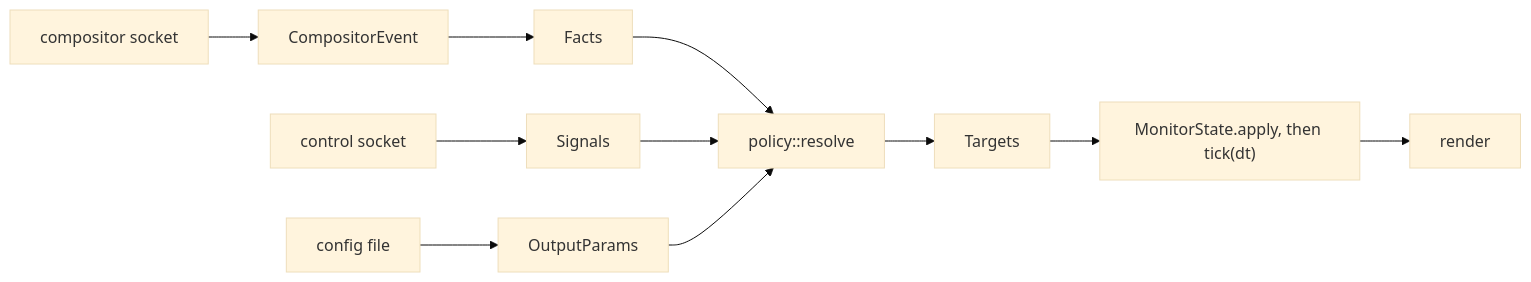
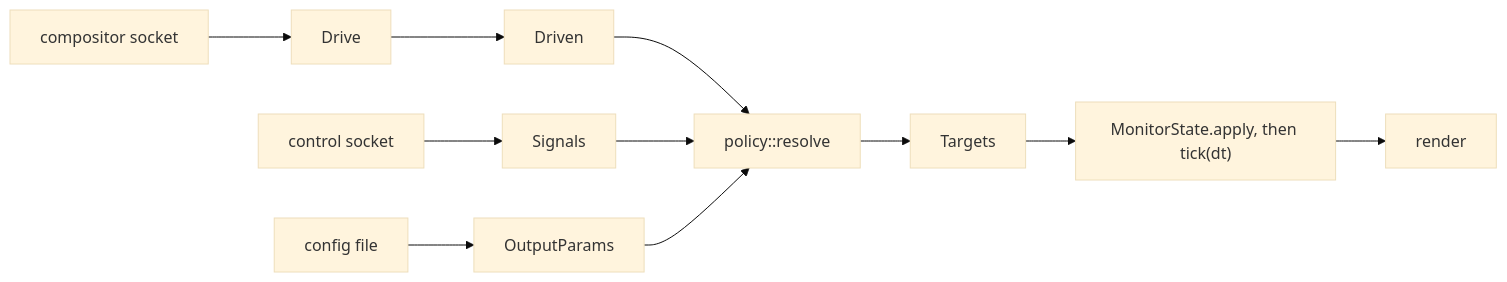
Before and after one commit to Uyanide/parra: the second of 2 diagrams in docs/architecture.md, drawn with Mermaid (base theme). The commit also changed other lines of this file and 32 other files, not shown here.

Commit message:
refactor: replace niri-shaped facts with normalized driven channels

````diff
--- a/docs/architecture.md
+++ b/docs/architecture.md
@@ -44,10 +49,10 @@
 ```mermaid
 graph LR
-    CS["compositor socket"] --> CE["CompositorEvent"] --> F["Facts"]
+    CS["compositor socket"] --> CE["Drive"] --> F["Driven"]
     KS["control socket"] --> S["Signals"]
     CF["config file"] --> P["OutputParams"]
     F --> R["policy::resolve"]
     S --> R
     P --> R
     R --> T["Targets"] --> M["MonitorState.apply, then tick(dt)"] --> D["render"]
 ```
````
